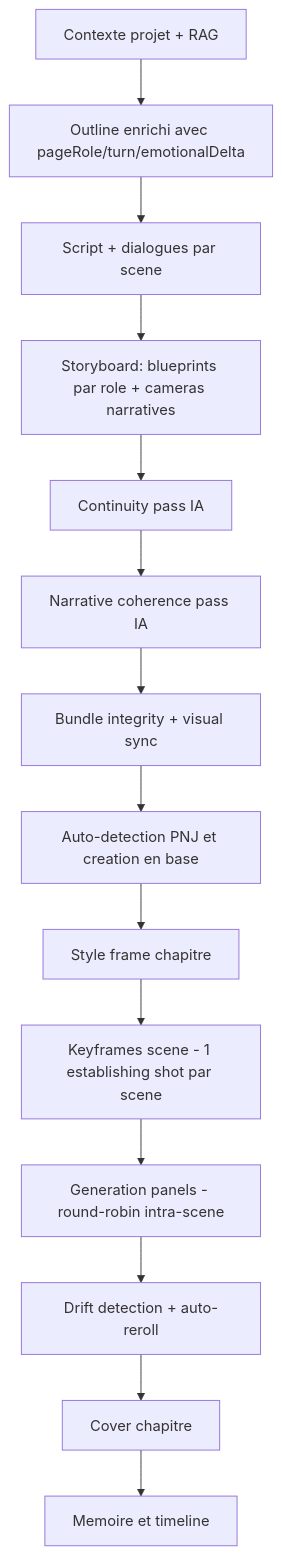
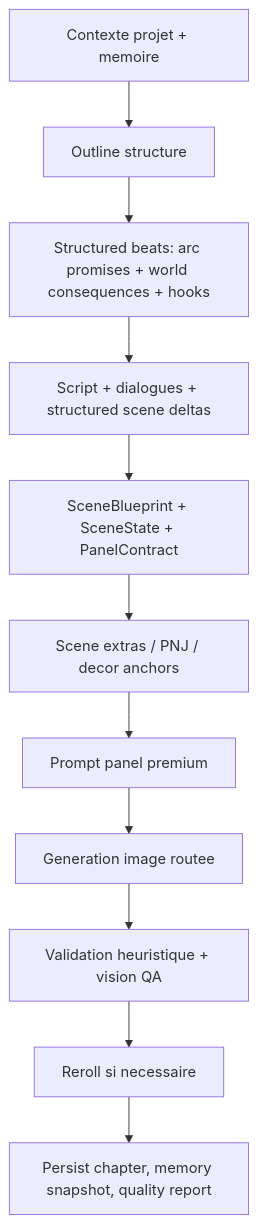
The second of 2 diagrams in README.md (Putsch13/mymanga), drawn with Mermaid before and after one commit. The commit also changed other lines of this file and 33 other files, not shown here.

````diff
--- a/README.md
+++ b/README.md
@@ -101,16 +79,13 @@
 ```mermaid
 flowchart TD
-  A[Contexte projet + RAG] --> B[Outline enrichi avec pageRole/turn/emotionalDelta]
-  B --> C[Script + dialogues par scene]
-  C --> D[Storyboard: blueprints par role + cameras narratives]
-  D --> E[Continuity pass IA]
-  E --> F[Narrative coherence pass IA]
-  F --> G[Bundle integrity + visual sync]
-  G --> H[Auto-detection PNJ et creation en base]
-  H --> I[Style frame chapitre]
-  I --> J[Keyframes scene - 1 establishing shot par scene]
-  J --> K[Generation panels - round-robin intra-scene]
-  K --> L[Drift detection + auto-reroll]
-  L --> M[Cover chapitre]
-  M --> N[Memoire et timeline]
+  A[Contexte projet + memoire] --> B[Outline structure]
+  B --> C[Structured beats: arc promises + world consequences + hooks]
+  C --> D[Script + dialogues + structured scene deltas]
+  D --> E[SceneBlueprint + SceneState + PanelContract]
+  E --> F[Scene extras / PNJ / decor anchors]
+  F --> G[Prompt panel premium]
+  G --> H[Generation image routee]
+  H --> I[Validation heuristique + vision QA]
+  I --> J[Reroll si necessaire]
+  J --> K[Persist chapter, memory snapshot, quality report]
 ```
````
